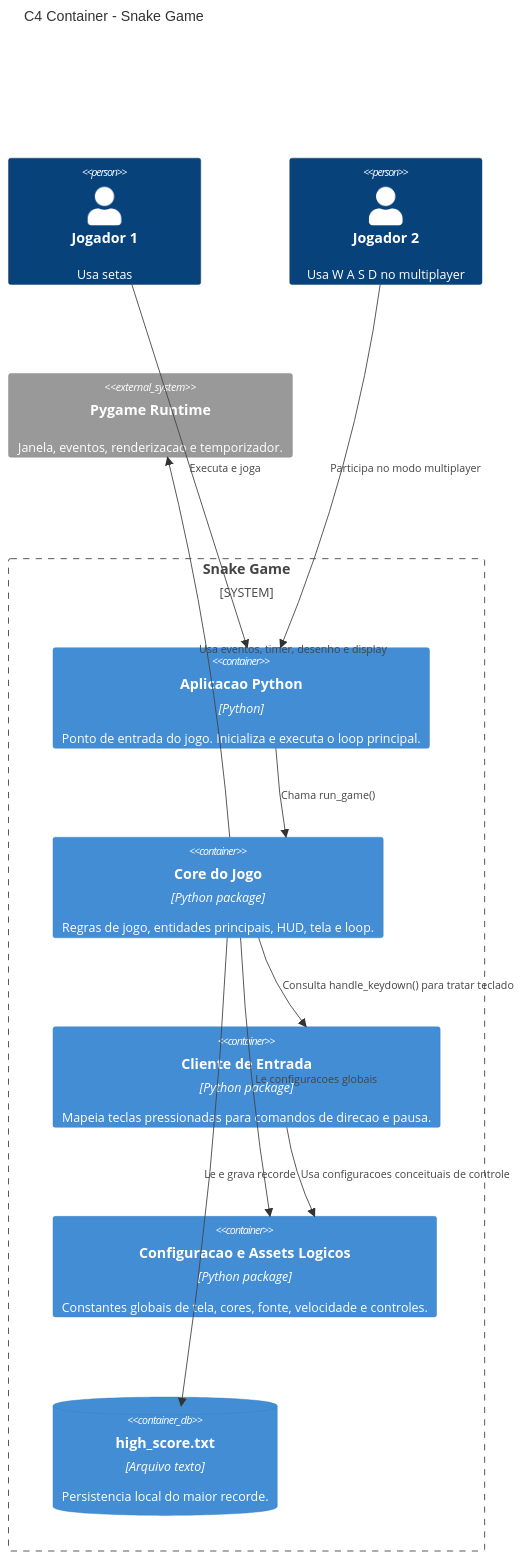
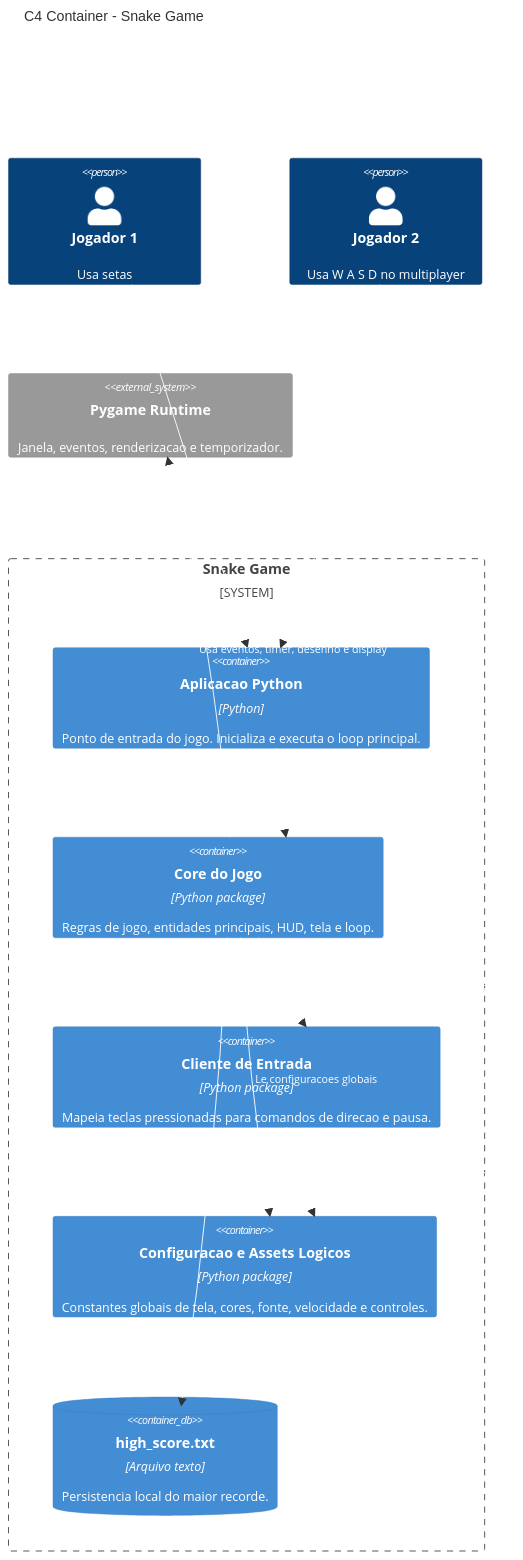
Before and after one commit to RafaelUEA2020/cobra_bolada: the second of 3 diagrams in ARCHITECTURE_C4.md, drawn with Mermaid. The commit also changed other lines of this file, not shown here.

Commit message:
Adjust Architecture

````diff
--- a/ARCHITECTURE_C4.md
+++ b/ARCHITECTURE_C4.md
@@ -36,27 +41,36 @@
 ```mermaid
 C4Container
     title C4 Container - Snake Game
 
     Person(player1, "Jogador 1", "Usa setas")
     Person(player2, "Jogador 2", "Usa W A S D no multiplayer")
 
     System_Boundary(gameSystem, "Snake Game") {
         Container(app, "Aplicacao Python", "Python", "Ponto de entrada do jogo. Inicializa e executa o loop principal.")
         Container(core, "Core do Jogo", "Python package", "Regras de jogo, entidades principais, HUD, tela e loop.")
         Container(client, "Cliente de Entrada", "Python package", "Mapeia teclas pressionadas para comandos de direcao e pausa.")
         Container(assets, "Configuracao e Assets Logicos", "Python package", "Constantes globais de tela, cores, fonte, velocidade e controles.")
         ContainerDb(highScore, "high_score.txt", "Arquivo texto", "Persistencia local do maior recorde.")
     }
 
     System_Ext(pygameRuntime, "Pygame Runtime", "Janela, eventos, renderizacao e temporizador.")
 
     Rel(player1, app, "Executa e joga")
     Rel(player2, app, "Participa no modo multiplayer")
 
     Rel(app, core, "Chama run_game()")
     Rel(core, client, "Consulta handle_keydown() para tratar teclado")
     Rel(core, assets, "Le configuracoes globais")
     Rel(client, assets, "Usa configuracoes conceituais de controle")
     Rel(core, highScore, "Le e grava recorde")
     Rel(core, pygameRuntime, "Usa eventos, timer, desenho e display")
+
+    UpdateRelStyle(player1, app, $textColor="white", $lineColor="white")
+    UpdateRelStyle(player2, app, $textColor="white", $lineColor="white")
+    UpdateRelStyle(app, core, $textColor="white", $lineColor="white")
+    UpdateRelStyle(core, client, $textColor="white", $lineColor="white")
+    UpdateRelStyle(core, assets, $textColor="white", $lineColor="white")
+    UpdateRelStyle(client, assets, $textColor="white", $lineColor="white")
+    UpdateRelStyle(core, highScore, $textColor="white", $lineColor="white")
+    UpdateRelStyle(core, pygameRuntime, $textColor="white", $lineColor="white")
 ```
````
